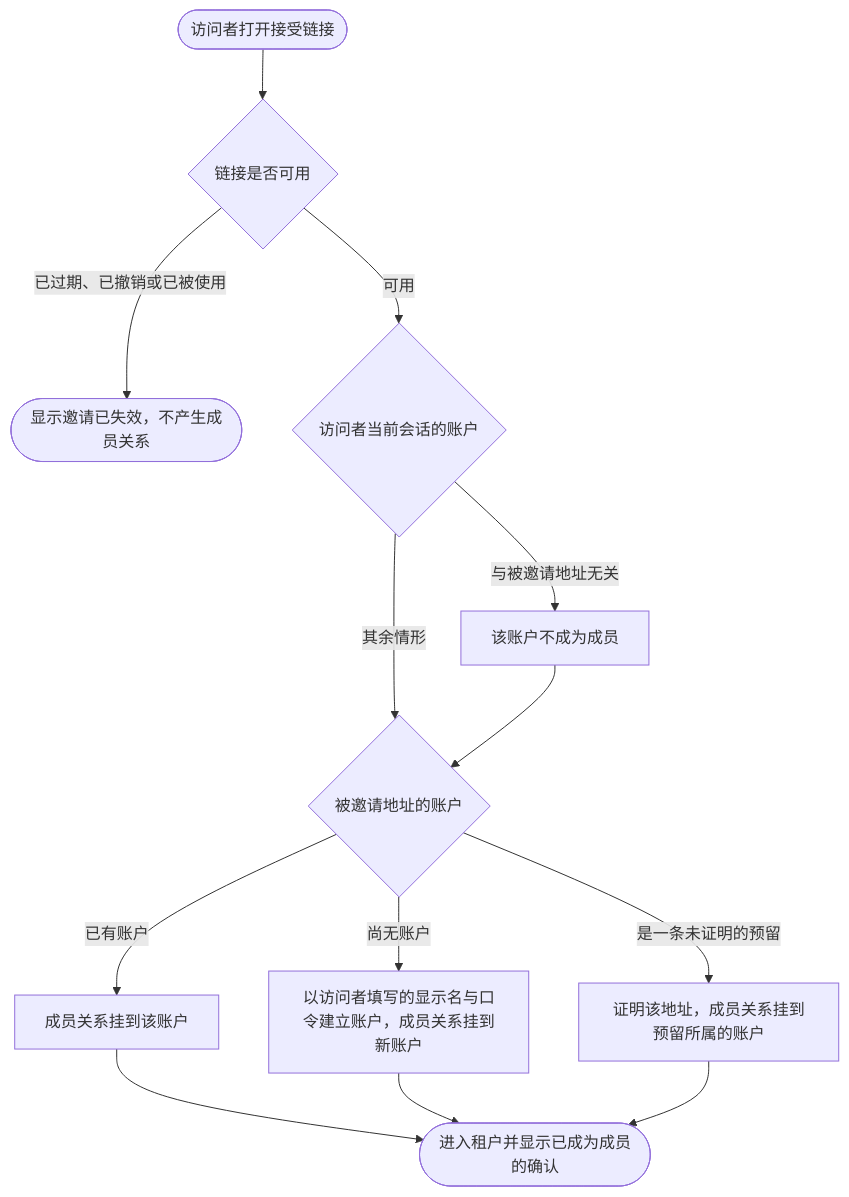
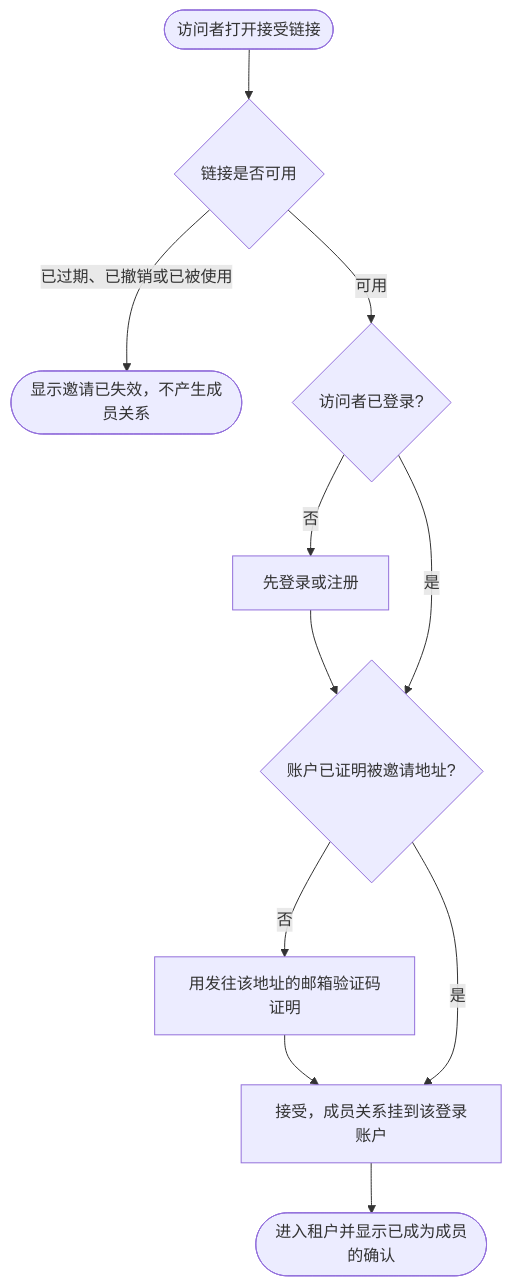
Before and after one commit to wangzw/speed: the diagram in docs/prd/journeys/journey-operator-onboards-tenant.md, drawn with Mermaid. The commit also changed other lines of this file and 111 other files, not shown here.

First line of the commit message:
feat(authn)!: require a proven invitation email and harden the invite flow

````diff
--- a/docs/prd/journeys/journey-operator-onboards-tenant.md
+++ b/docs/prd/journeys/journey-operator-onboards-tenant.md
@@ -45,15 +45,11 @@
 ```mermaid
 flowchart TD
     A([访问者打开接受链接]) --> B{链接是否可用}
     B -->|已过期、已撤销或已被使用| X([显示邀请已失效，不产生成员关系])
-    B -->|可用| L{访问者当前会话的账户}
-    L -->|与被邀请地址无关| M[该账户不成为成员]
-    L -->|其余情形| C{被邀请地址的账户}
-    M --> C
-    C -->|已有账户| D[成员关系挂到该账户]
-    C -->|尚无账户| E[以访问者填写的显示名与口令建立账户，成员关系挂到新账户]
-    C -->|是一条未证明的预留| F[证明该地址，成员关系挂到预留所属的账户]
+    B -->|可用| S{访问者已登录?}
+    S -->|否| R[先登录或注册] --> P{账户已证明被邀请地址?}
+    S -->|是| P
+    P -->|否| V[用发往该地址的邮箱验证码证明] --> D
+    P -->|是| D[接受，成员关系挂到该登录账户]
     D --> G([进入租户并显示已成为成员的确认])
-    E --> G
-    F --> G
 ```
````
